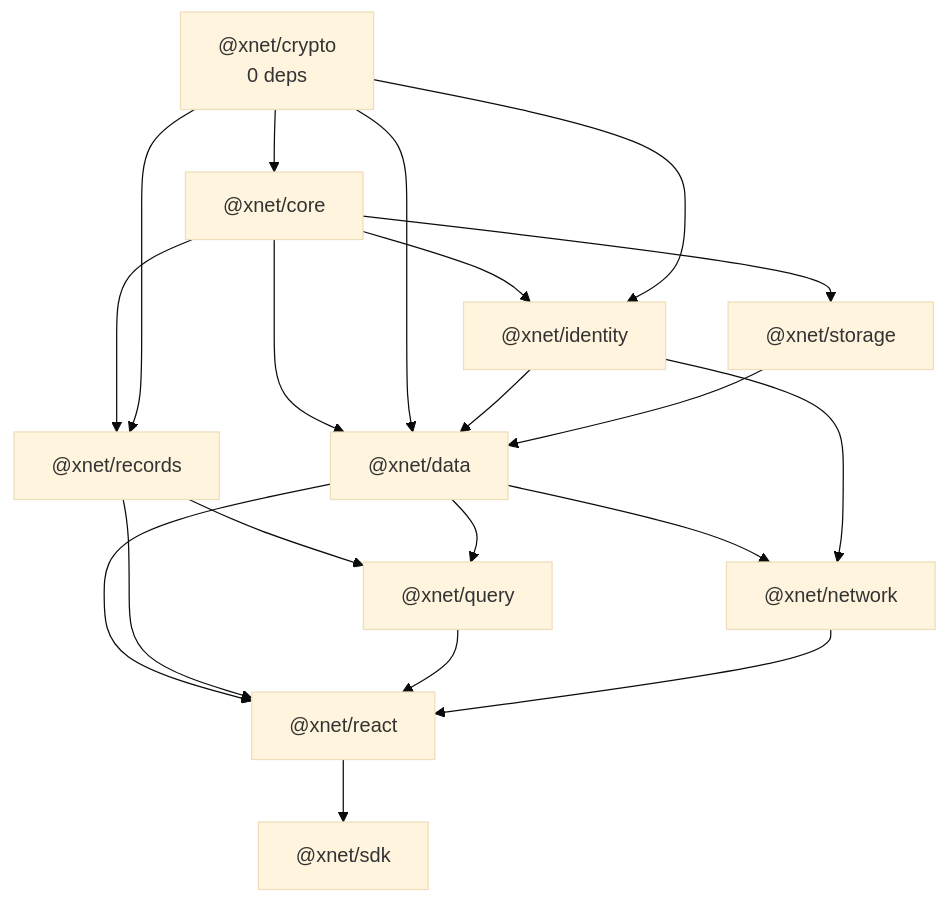
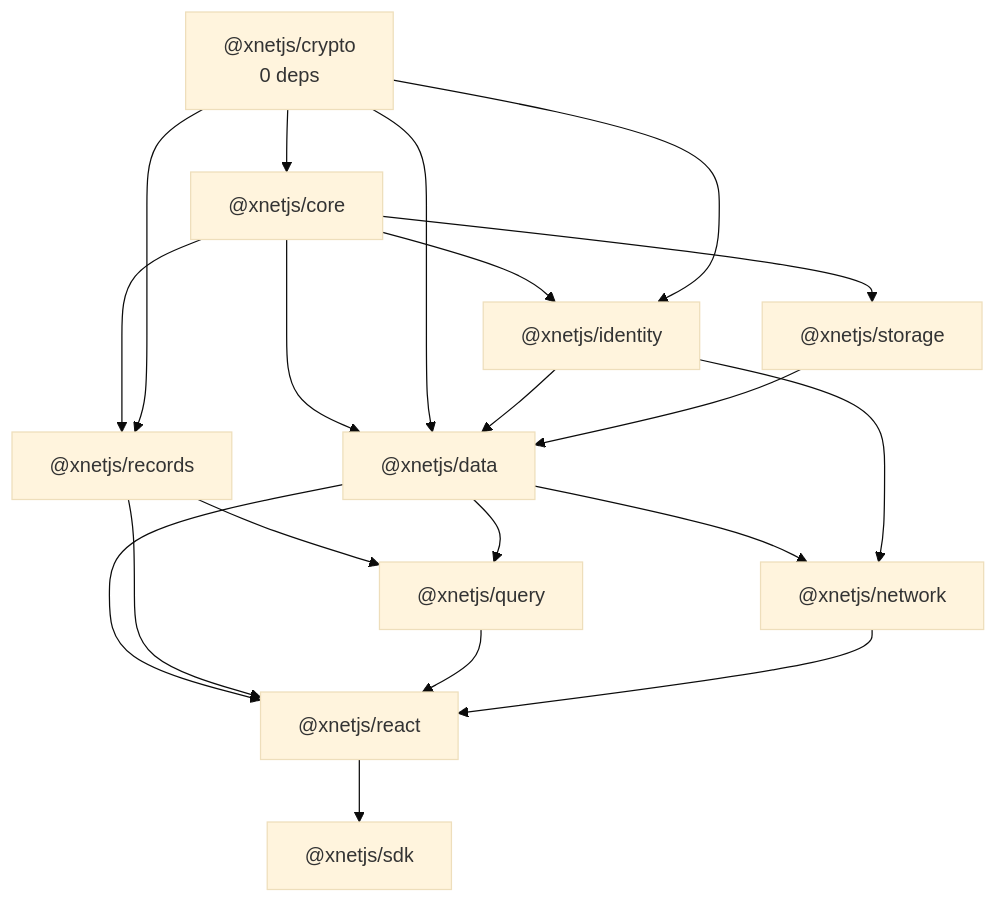
Before and after one commit to crs48/xNet: the sixth of 8 diagrams in docs/explorations/0019_[x]_CODEBASE_REVIEW.md, drawn with Mermaid (base theme). The commit also changed other lines of this file and 980 other files, not shown here.

````diff
--- a/docs/explorations/0019_[x]_CODEBASE_REVIEW.md
+++ b/docs/explorations/0019_[x]_CODEBASE_REVIEW.md
@@ -441,33 +441,33 @@
 ```mermaid
 flowchart TD
-    CRYPTO["@xnet/crypto<br/>0 deps"]
-    CORE["@xnet/core"]
-    IDENTITY["@xnet/identity"]
-    STORAGE["@xnet/storage"]
-    DATA["@xnet/data"]
-    RECORDS["@xnet/records"]
-    QUERY["@xnet/query"]
-    NETWORK["@xnet/network"]
-    REACT["@xnet/react"]
-    SDK["@xnet/sdk"]
+    CRYPTO["@xnetjs/crypto<br/>0 deps"]
+    CORE["@xnetjs/core"]
+    IDENTITY["@xnetjs/identity"]
+    STORAGE["@xnetjs/storage"]
+    DATA["@xnetjs/data"]
+    RECORDS["@xnetjs/records"]
+    QUERY["@xnetjs/query"]
+    NETWORK["@xnetjs/network"]
+    REACT["@xnetjs/react"]
+    SDK["@xnetjs/sdk"]
 
     CRYPTO --> CORE
     CORE --> IDENTITY
     CRYPTO --> IDENTITY
     CORE --> STORAGE
     CORE --> DATA
     CRYPTO --> DATA
     IDENTITY --> DATA
     STORAGE --> DATA
     CORE --> RECORDS
     CRYPTO --> RECORDS
     RECORDS --> QUERY
     DATA --> QUERY
     DATA --> NETWORK
     IDENTITY --> NETWORK
     DATA --> REACT
     RECORDS --> REACT
     QUERY --> REACT
     NETWORK --> REACT
     REACT --> SDK
 ```
````
